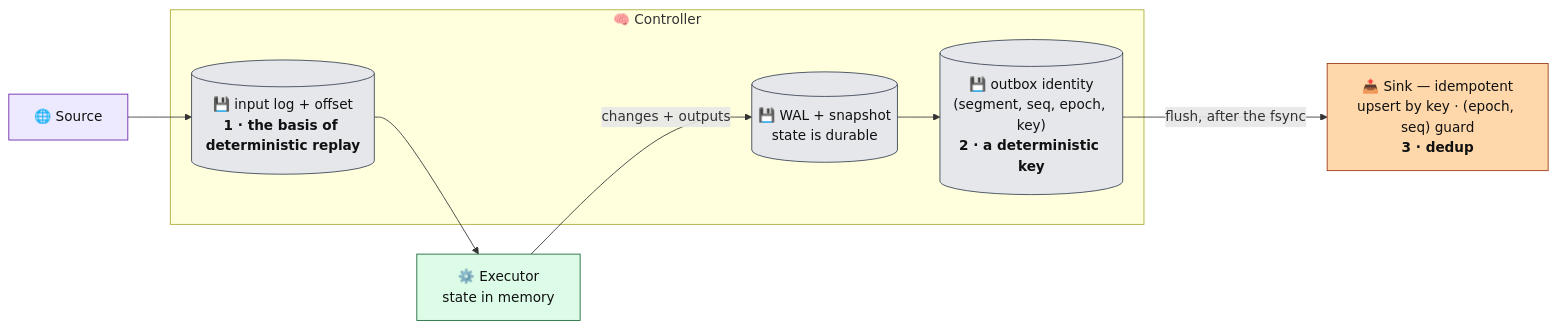
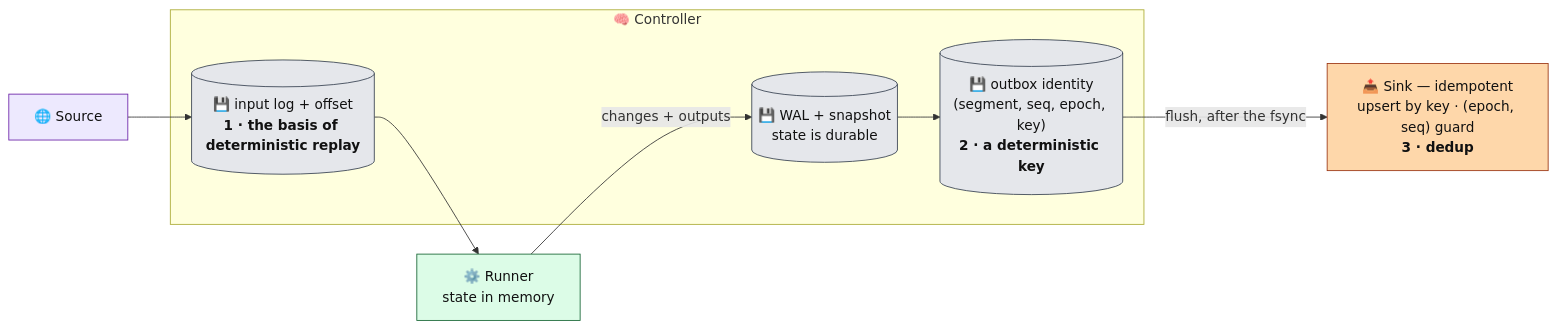
The seventh of 16 diagrams in docs/architecture/kernel.md (Flezha/flezha), drawn with Mermaid before and after one commit. The commit also changed other lines of this file and 535 other files, not shown here.

````diff
--- a/docs/architecture/kernel.md
+++ b/docs/architecture/kernel.md
@@ -303,23 +303,23 @@
 ```mermaid
 flowchart LR
     SRC["🌐 Source"]:::src
     subgraph CTRL["🧠 Controller"]
         IL[("💾 input log + offset<br/><b>1 · the basis of deterministic replay</b>")]:::store
         WAL2[("💾 WAL + snapshot<br/>state is durable")]:::store
         OB[("💾 outbox identity<br/>(segment, seq, epoch, key)<br/><b>2 · a deterministic key</b>")]:::store
     end
-    EX["⚙️ Executor<br/>state in memory"]:::exec
+    EX["⚙️ Runner<br/>state in memory"]:::exec
     SINK["📤 Sink — idempotent<br/>upsert by key · (epoch, seq) guard<br/><b>3 · dedup</b>"]:::sink
 
     SRC --> IL
     IL --> EX
     EX -->|"changes + outputs"| WAL2
     WAL2 --> OB
     OB -->|"flush, after the fsync"| SINK
 
     classDef ctrl fill:#dbeafe,stroke:#1e40af,color:#111
     classDef exec fill:#dcfce7,stroke:#166534,color:#111
     classDef sink fill:#fed7aa,stroke:#9a3412,color:#111
     classDef src fill:#ede9fe,stroke:#6b21a8,color:#111
     classDef store fill:#e5e7eb,stroke:#374151,color:#111
 ```
````
